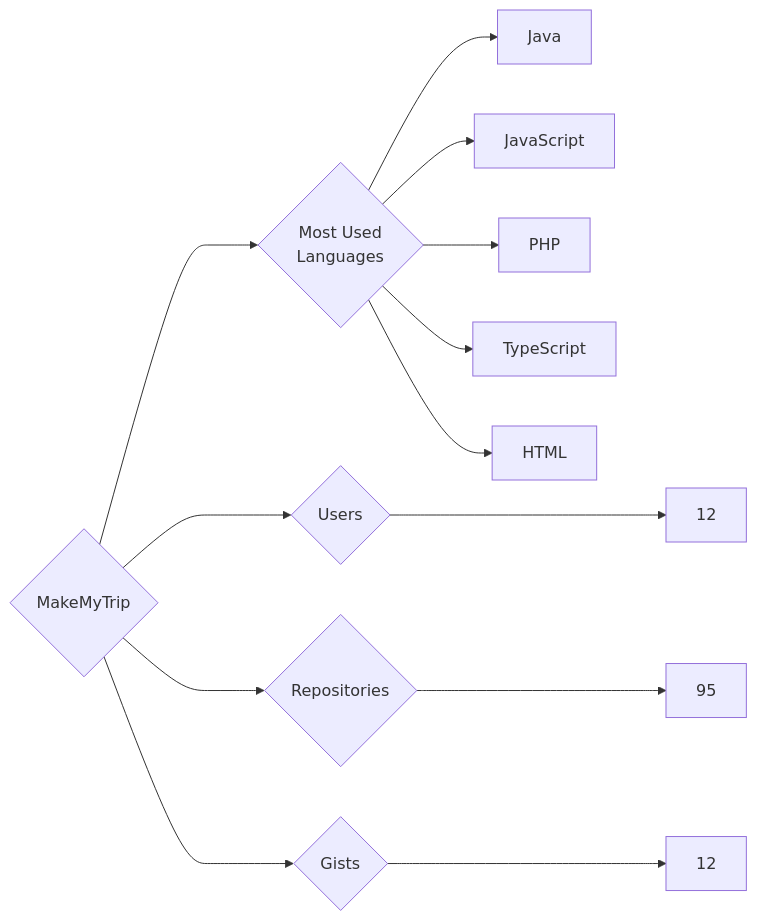
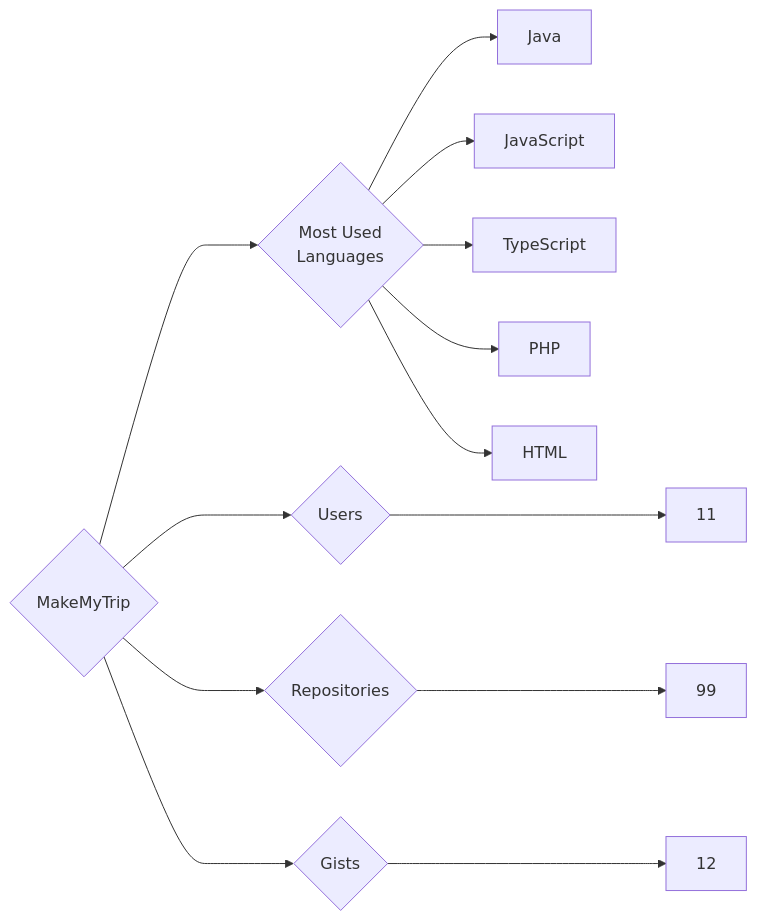
One commit to trickest/insiders changed the diagram in targets/MakeMyTrip/README.md. Above: the diagram before and after it, drawn with Mermaid. The commit also changed 1508 other files, not shown here.

````diff
--- a/targets/MakeMyTrip/README.md
+++ b/targets/MakeMyTrip/README.md
@@ -3,13 +3,13 @@
 ```mermaid
 graph LR
 COMPANY_NAME{MakeMyTrip}
-COMPANY_NAME ---> U{Users} ---> UN[12]
-COMPANY_NAME ---> R{Repositories} ---> RN[95]
+COMPANY_NAME ---> U{Users} ---> UN[11]
+COMPANY_NAME ---> R{Repositories} ---> RN[99]
 COMPANY_NAME ---> G{Gists} ---> GN[12]
 COMPANY_NAME ---> ML{Most Used<br>Languages}
 ML --> Java[Java]
 ML --> JavaScript[JavaScript]
+ML --> TypeScript[TypeScript]
 ML --> PHP[PHP]
-ML --> TypeScript[TypeScript]
 ML --> HTML[HTML]
 ```
````
